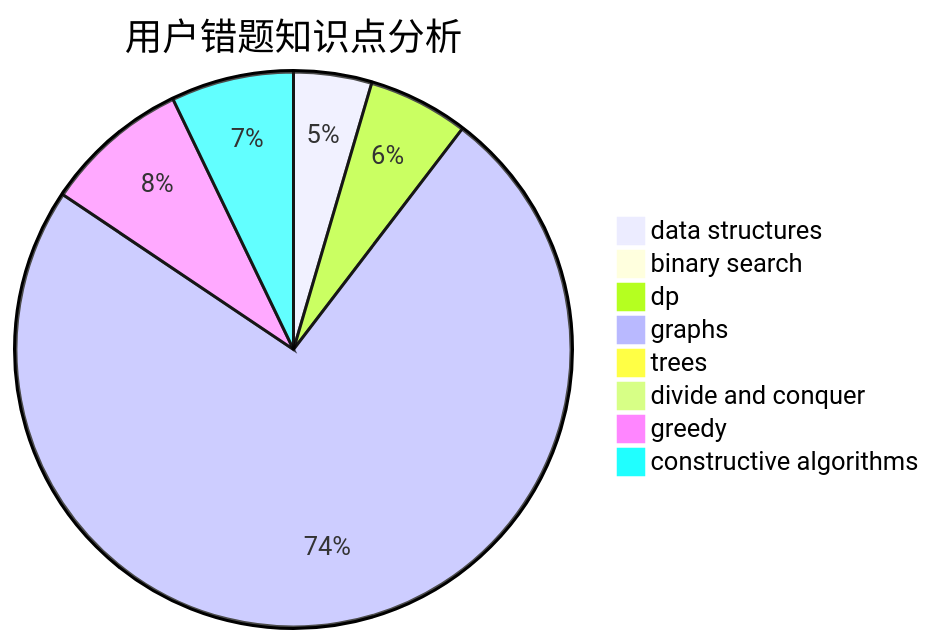
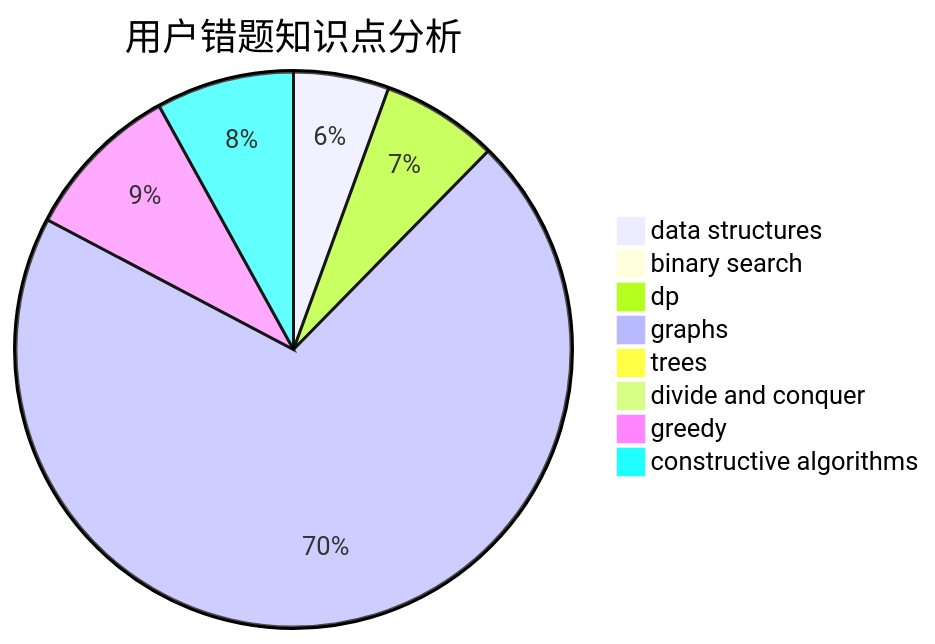
One commit to sherpahu/cfrs.github.io changed the third of 3 diagrams in docs/user/u605.md. Above: the diagram before and after it, drawn with Mermaid. The commit also changed other lines of this file and 2770 other files, not shown here.

````diff
--- a/docs/user/u605.md
+++ b/docs/user/u605.md
@@ -36,11 +36,11 @@
 ```mermaid
 pie title 用户错题知识点分析
-    "data structures" :  7
+    "data structures" :  9
     "binary search" :  1
-    "dp" :  9
+    "dp" :  11
     "graphs" :  114
     "trees" :  0
     "divide and conquer" :  0
-    "greedy" :  13
-    "constructive algorithms" :  11
+    "greedy" :  15
+    "constructive algorithms" :  13
 ```
````
